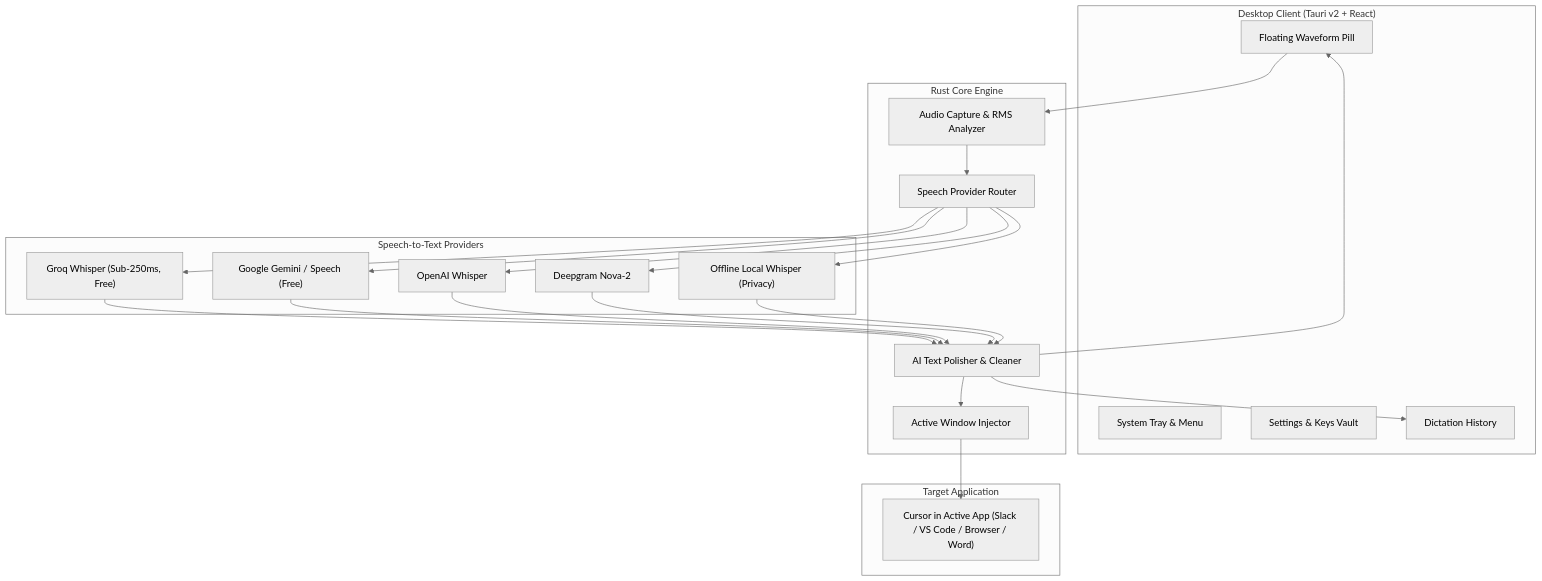
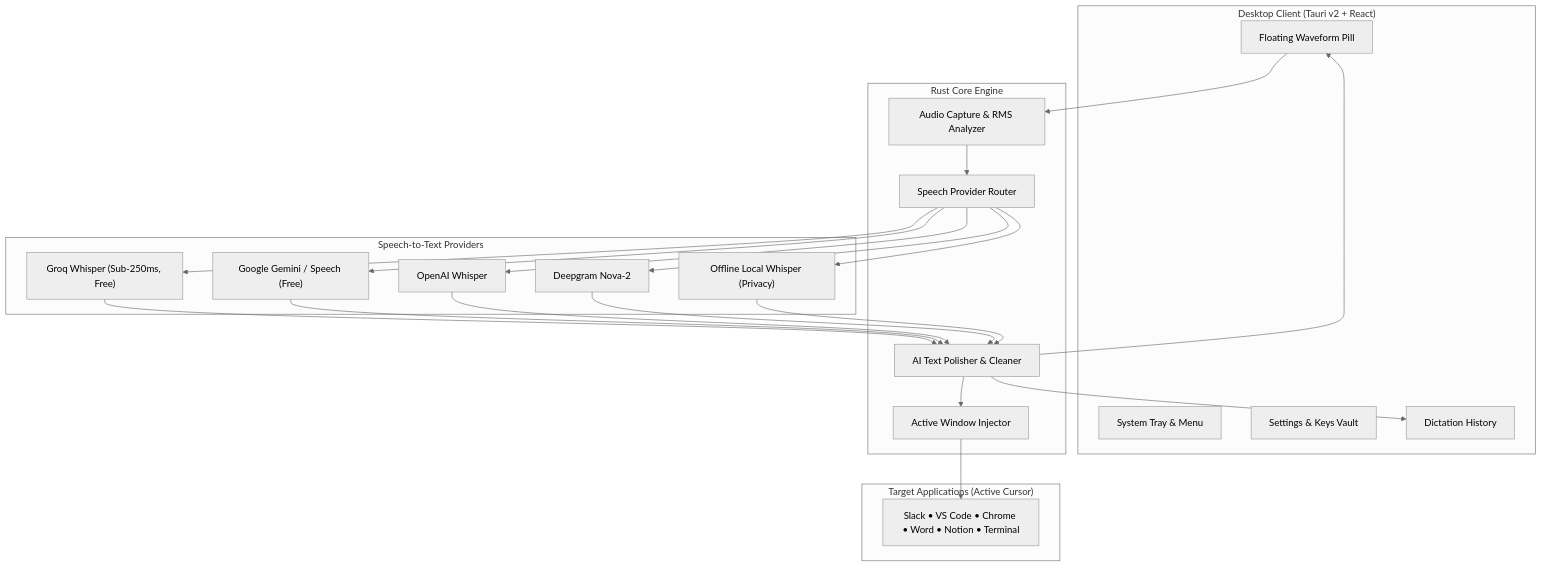
The diagram in README.md (Sami12901/RDF-Flow), drawn with Mermaid (neutral theme) before and after one commit. The commit also changed other lines of this file and 5 other files, not shown here.

````diff
--- a/README.md
+++ b/README.md
@@ -66,47 +79,47 @@
 ```mermaid
 flowchart TD
     subgraph UI ["Desktop Client (Tauri v2 + React)"]
         FP["Floating Waveform Pill"]
         ST["System Tray & Menu"]
         CFG["Settings & Keys Vault"]
         HIST["Dictation History"]
     end
 
     subgraph Core ["Rust Core Engine"]
         AUD["Audio Capture & RMS Analyzer"]
         ROUT["Speech Provider Router"]
         POL["AI Text Polisher & Cleaner"]
         INJ["Active Window Injector"]
     end
 
     subgraph Providers ["Speech-to-Text Providers"]
         GROQ["Groq Whisper (Sub-250ms, Free)"]
         GOOG["Google Gemini / Speech (Free)"]
         OAI["OpenAI Whisper"]
         DG["Deepgram Nova-2"]
         LOC["Offline Local Whisper (Privacy)"]
     end
 
-    subgraph OS ["Target Application"]
-        APP["Cursor in Active App (Slack / VS Code / Browser / Word)"]
+    subgraph Target ["Target Applications (Active Cursor)"]
+        APP["Slack • VS Code • Chrome • Word • Notion • Terminal"]
     end
 
     FP --> AUD
     AUD --> ROUT
     ROUT --> GROQ
     ROUT --> GOOG
     ROUT --> OAI
     ROUT --> DG
     ROUT --> LOC
 
     GROQ --> POL
     GOOG --> POL
     OAI --> POL
     DG --> POL
     LOC --> POL
 
     POL --> INJ
     INJ --> APP
     POL --> FP
     POL --> HIST
 ```
````
